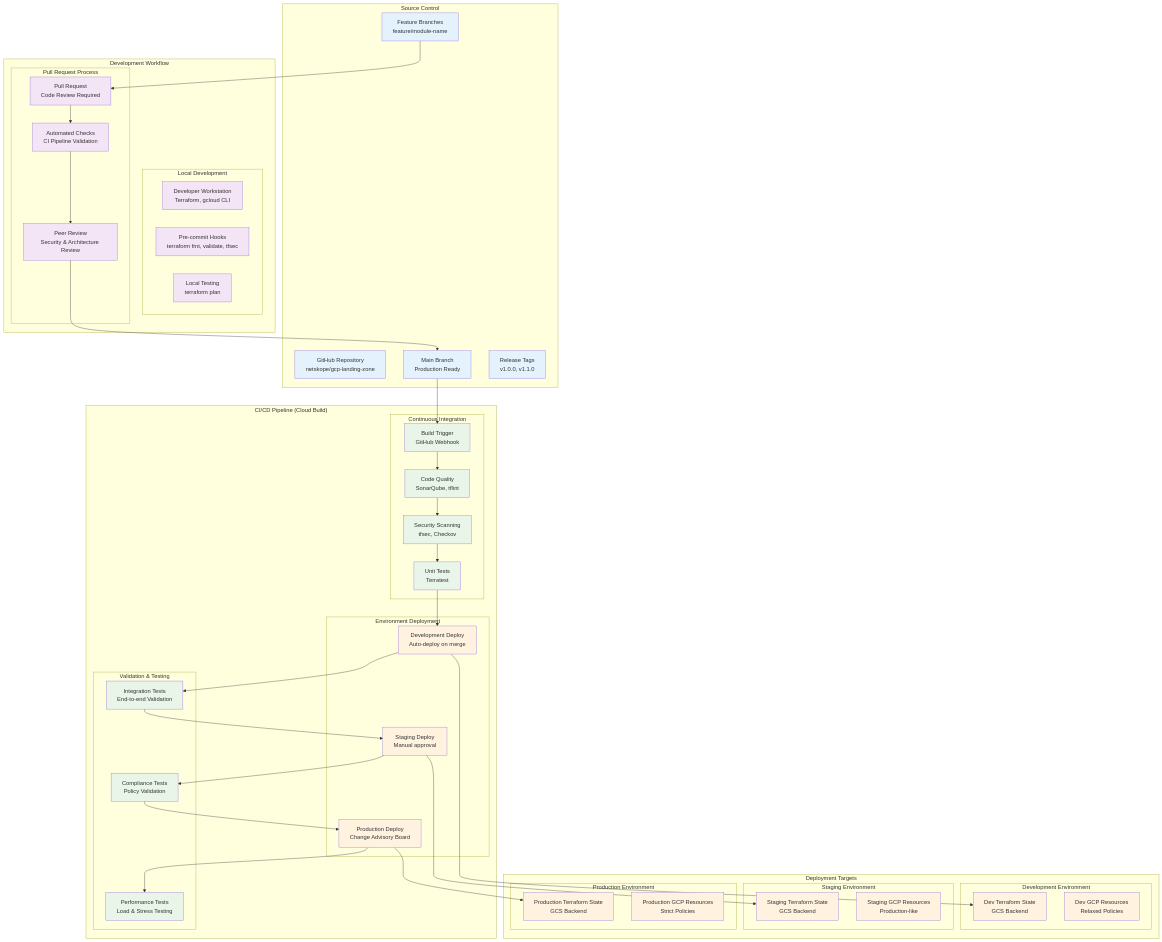
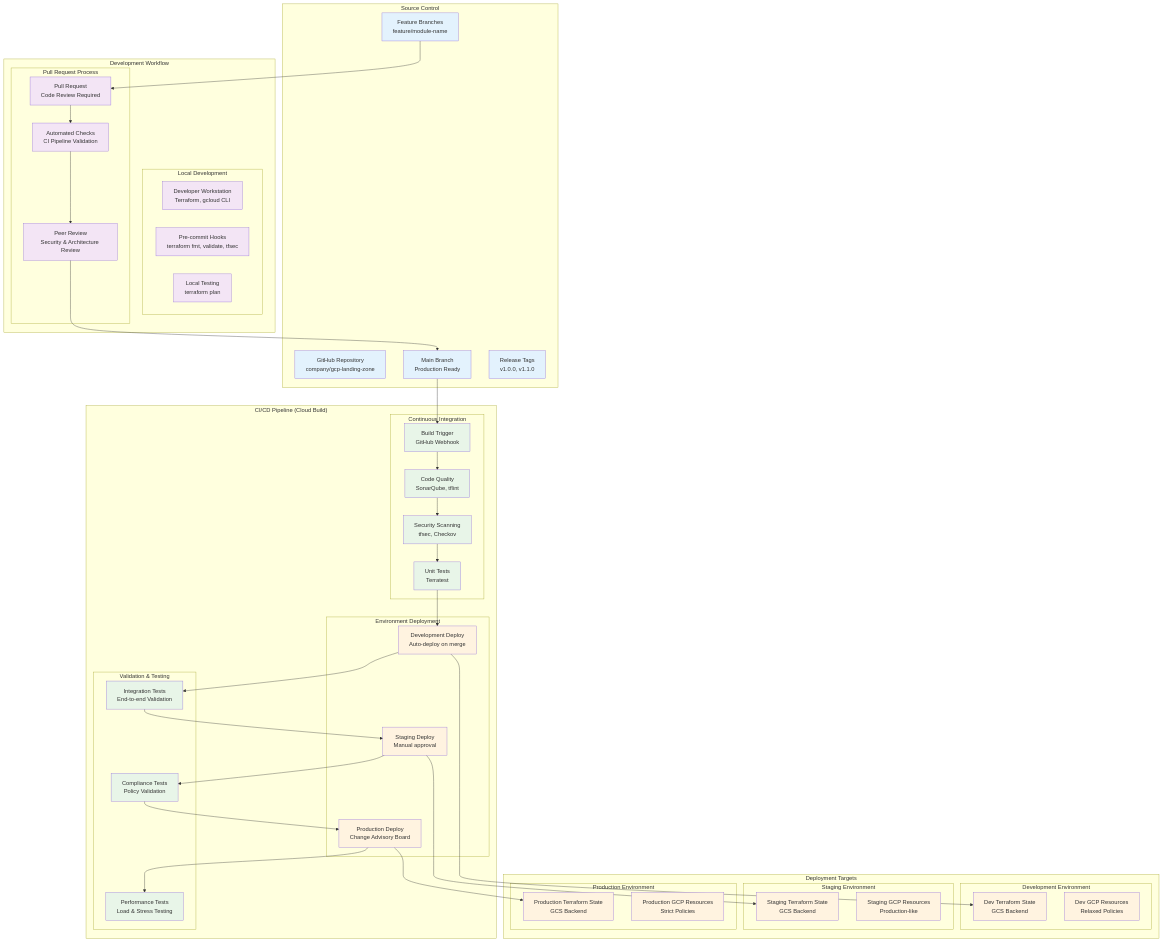
The first of 5 diagrams in docs/DEPLOYMENT_ARCHITECTURE.md (Himanshi3004/GCP-LZ), drawn with Mermaid before and after one commit. The commit also changed other lines of this file and 12 other files, not shown here.

````diff
--- a/docs/DEPLOYMENT_ARCHITECTURE.md
+++ b/docs/DEPLOYMENT_ARCHITECTURE.md
@@ -5,7 +5,7 @@
 ```mermaid
 graph TB
     subgraph "Source Control"
-        GITHUB[GitHub Repository<br/>netskope/gcp-landing-zone]
+        GITHUB[GitHub Repository<br/>company/gcp-landing-zone]
         FEATURE_BRANCH[Feature Branches<br/>feature/module-name]
         MAIN_BRANCH[Main Branch<br/>Production Ready]
         RELEASE_TAGS[Release Tags<br/>v1.0.0, v1.1.0]
````
